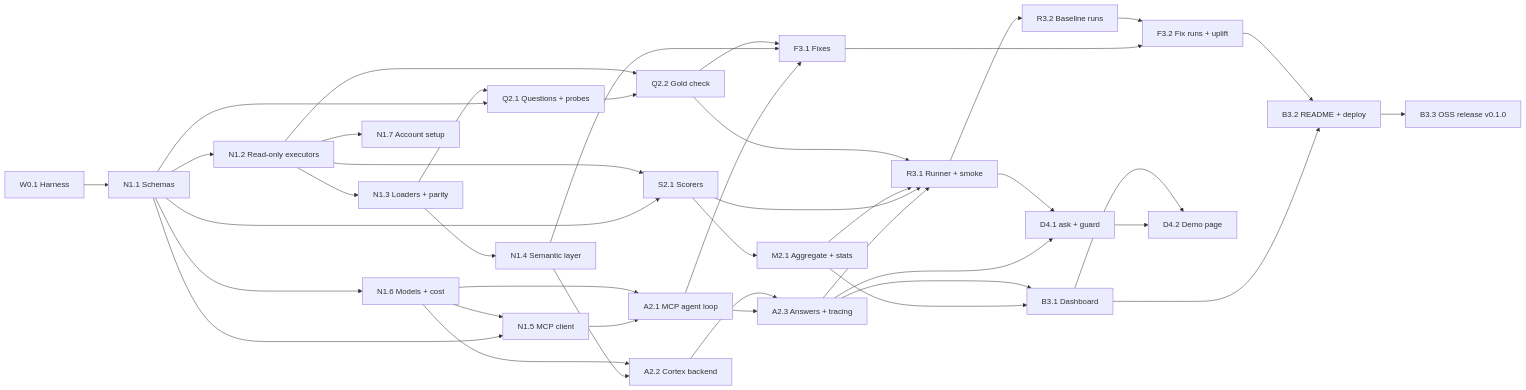
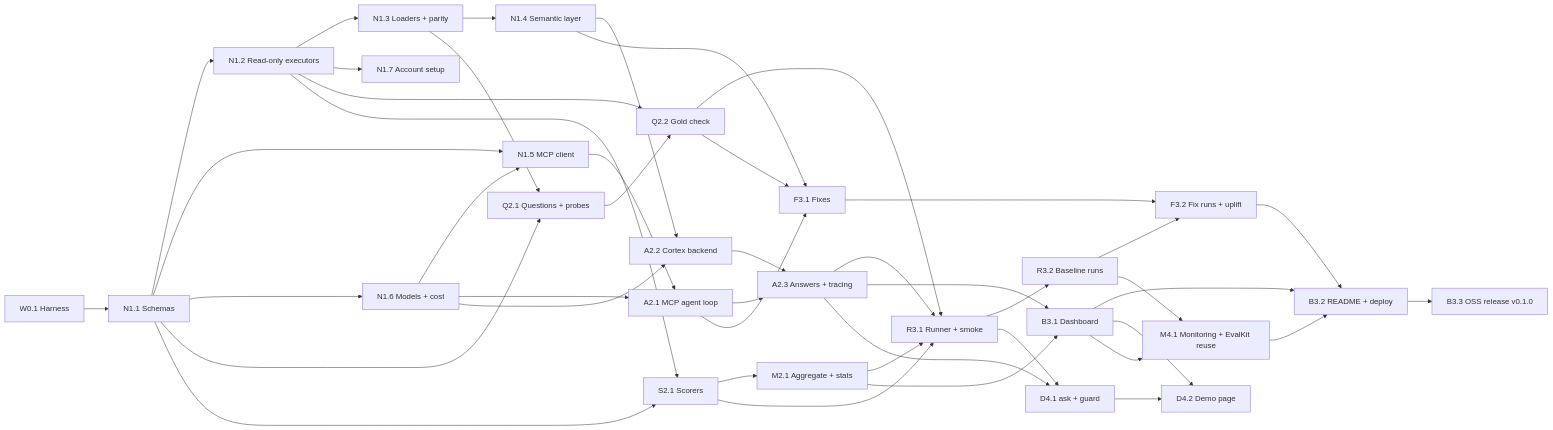
The diagram in Agentic Analytics Tech Spec.md (biplob819/agentic-analytics), drawn with Mermaid before and after one commit. The commit also changed other lines of this file and 8 other files, not shown here.

First line of the commit message:
Records: M4.1 node, metric relevance rule, EvalKit coordination (D-74..D-76, D-81)

````diff
--- a/Agentic Analytics Tech Spec.md
+++ b/Agentic Analytics Tech Spec.md
@@ -650,43 +677,46 @@
 ```mermaid
 graph LR
   W01[W0.1 Harness] --> N11[N1.1 Schemas]
   N11 --> N12[N1.2 Read-only executors]
   N11 --> N15[N1.5 MCP client]
   N16 --> N15
   N11 --> N16[N1.6 Models + cost]
   N12 --> N13[N1.3 Loaders + parity]
   N12 --> N17[N1.7 Account setup]
   N13 --> N14[N1.4 Semantic layer]
   N11 --> Q21[Q2.1 Questions + probes]
   N13 --> Q21
   Q21 --> Q22[Q2.2 Gold check]
   N12 --> Q22
   N15 --> A21[A2.1 MCP agent loop]
   N16 --> A21
   N14 --> A22[A2.2 Cortex backend]
   N16 --> A22
   A21 --> A23[A2.3 Answers + tracing]
   A22 --> A23
   N11 --> S21[S2.1 Scorers]
   N12 --> S21
   S21 --> M21[M2.1 Aggregate + stats]
   A23 --> R31[R3.1 Runner + smoke]
   S21 --> R31
   M21 --> R31
   Q22 --> R31
   R31 --> R32[R3.2 Baseline runs]
   A21 --> F31[F3.1 Fixes]
   N14 --> F31
   Q22 --> F31
   F31 --> F32[F3.2 Fix runs + uplift]
   R32 --> F32
   M21 --> B31[B3.1 Dashboard]
   A23 --> B31
   B31 --> B32[B3.2 README + deploy]
   F32 --> B32
   B32 --> B33[B3.3 OSS release v0.1.0]
   A23 --> D41[D4.1 ask + guard]
   R31 --> D41
   D41 --> D42[D4.2 Demo page]
   B31 --> D42
+  R32 --> M41[M4.1 Monitoring + EvalKit reuse]
+  B31 --> M41
+  M41 --> B32
 ```
````
